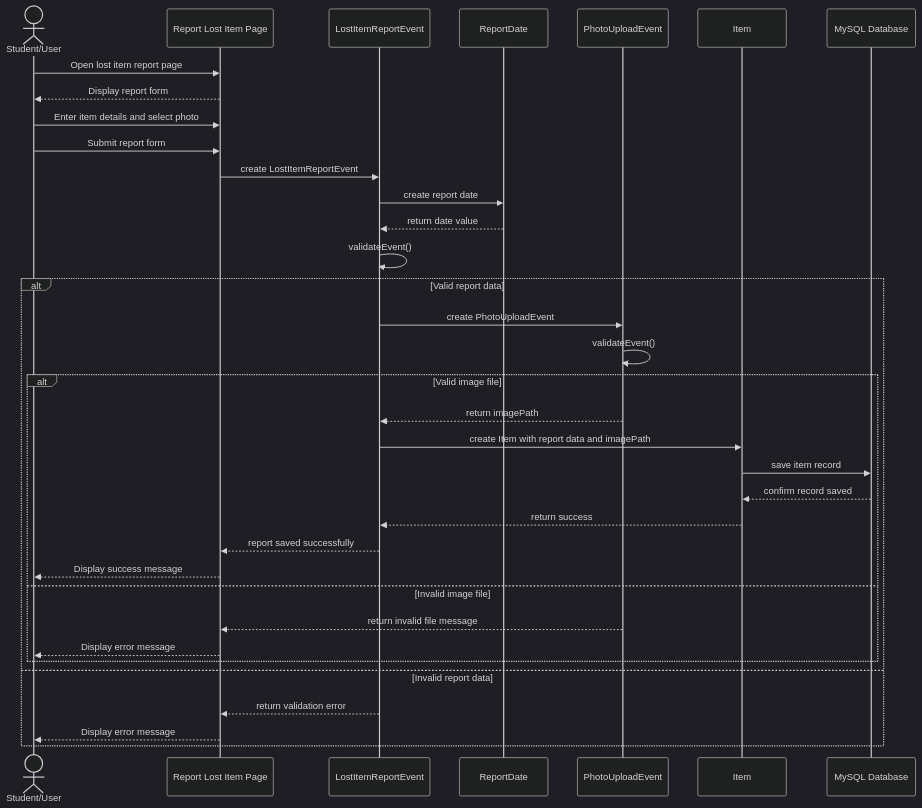
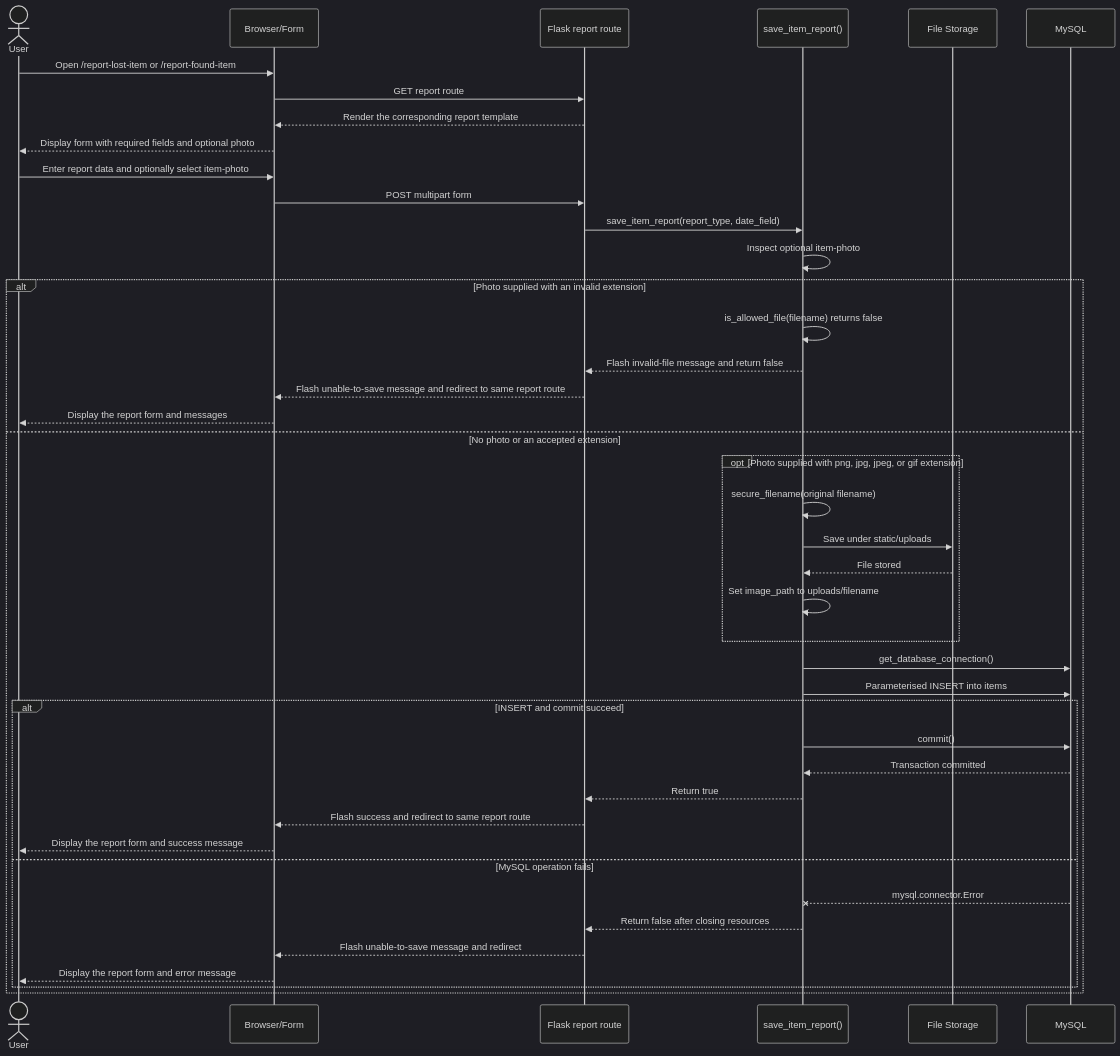
One commit to ZhihaoTang615/campus-lost-and-found-platform changed the first of 2 diagrams in docs/design/project-sequence-diagram.md. Above: the diagram before and after it, drawn with Mermaid (dark theme). The commit also changed other lines of this file and 6 other files, not shown here.

````diff
--- a/docs/design/project-sequence-diagram.md
+++ b/docs/design/project-sequence-diagram.md
@@ -5,43 +9,49 @@
 ```mermaid
 sequenceDiagram
-    actor User as Student/User
-    participant Page as Report Lost Item Page
-    participant LostEvent as LostItemReportEvent
-    participant ReportDate as ReportDate
-    participant PhotoEvent as PhotoUploadEvent
-    participant Item as Item
-    participant DB as MySQL Database
+    actor User
+    participant Form as Browser/Form
+    participant Route as Flask report route
+    participant SaveReport as save_item_report()
+    participant Files as File Storage
+    participant DB as MySQL
 
-    User->>Page: Open lost item report page
-    Page-->>User: Display report form
+    User->>Form: Open /report-lost-item or /report-found-item
+    Form->>Route: GET report route
+    Route-->>Form: Render the corresponding report template
+    Form-->>User: Display form with required fields and optional photo
 
-    User->>Page: Enter item details and select photo
-    User->>Page: Submit report form
+    User->>Form: Enter report data and optionally select item-photo
+    Form->>Route: POST multipart form
+    Route->>SaveReport: save_item_report(report_type, date_field)
+    SaveReport->>SaveReport: Inspect optional item-photo
 
-    Page->>LostEvent: create LostItemReportEvent
-    LostEvent->>ReportDate: create report date
-    ReportDate-->>LostEvent: return date value
+    alt Photo supplied with an invalid extension
+        SaveReport->>SaveReport: is_allowed_file(filename) returns false
+        SaveReport-->>Route: Flash invalid-file message and return false
+        Route-->>Form: Flash unable-to-save message and redirect to same report route
+        Form-->>User: Display the report form and messages
+    else No photo or an accepted extension
+        opt Photo supplied with png, jpg, jpeg, or gif extension
+            SaveReport->>SaveReport: secure_filename(original filename)
+            SaveReport->>Files: Save under static/uploads
+            Files-->>SaveReport: File stored
+            SaveReport->>SaveReport: Set image_path to uploads/filename
+        end
 
-    LostEvent->>LostEvent: validateEvent()
+        SaveReport->>DB: get_database_connection()
+        SaveReport->>DB: Parameterised INSERT into items
 
-    alt Valid report data
-        LostEvent->>PhotoEvent: create PhotoUploadEvent
-        PhotoEvent->>PhotoEvent: validateEvent()
-
-        alt Valid image file
-            PhotoEvent-->>LostEvent: return imagePath
-            LostEvent->>Item: create Item with report data and imagePath
-            Item->>DB: save item record
-            DB-->>Item: confirm record saved
-            Item-->>LostEvent: return success
-            LostEvent-->>Page: report saved successfully
-            Page-->>User: Display success message
-        else Invalid image file
-            PhotoEvent-->>Page: return invalid file message
-            Page-->>User: Display error message
+        alt INSERT and commit succeed
+            SaveReport->>DB: commit()
+            DB-->>SaveReport: Transaction committed
+            SaveReport-->>Route: Return true
+            Route-->>Form: Flash success and redirect to same report route
+            Form-->>User: Display the report form and success message
+        else MySQL operation fails
+            DB--xSaveReport: mysql.connector.Error
+            SaveReport-->>Route: Return false after closing resources
+            Route-->>Form: Flash unable-to-save message and redirect
+            Form-->>User: Display the report form and error message
         end
-    else Invalid report data
-        LostEvent-->>Page: return validation error
-        Page-->>User: Display error message
     end
 ```
````
